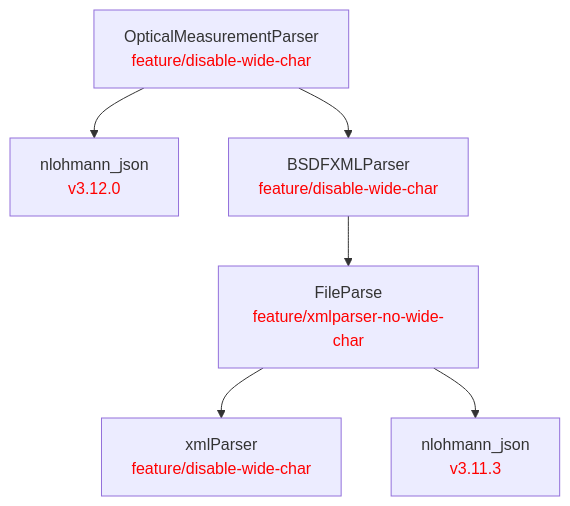
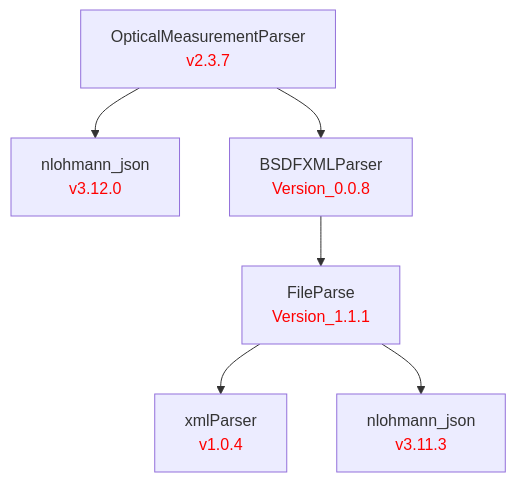
Before and after one commit to LBNL-ETA/OpticalMeasurementParser: the diagram in doc/OpticalMeasurementParser.md, drawn with Mermaid. The commit also changed 1 other file, not shown here.

Commit message:
Bump version to 2.3.7, update BSDFXMLParser to Version_0.0.8, remove MSVC runtime override

````diff
--- a/doc/OpticalMeasurementParser.md
+++ b/doc/OpticalMeasurementParser.md
@@ -1,17 +1,17 @@
 ```mermaid
 graph TD
     %% Package definitions
-    xmlParser[xmlParser<br/><font color='red'>feature/disable-wide-char</font>]
+    xmlParser[xmlParser<br/><font color='red'>v1.0.4</font>]
     nlohmann_json_fileparse[nlohmann_json<br/><font color='red'>v3.11.3</font>]
     nlohmann_json[nlohmann_json<br/><font color='red'>v3.12.0</font>]
-    FileParse[FileParse<br/><font color='red'>feature/xmlparser-no-wide-char</font>]
-    BSDFXMLParser[BSDFXMLParser<br/><font color='red'>feature/disable-wide-char</font>]
-    OpticalMeasurementParser[OpticalMeasurementParser<br/><font color='red'>feature/disable-wide-char</font>]
+    FileParse[FileParse<br/><font color='red'>Version_1.1.1</font>]
+    BSDFXMLParser[BSDFXMLParser<br/><font color='red'>Version_0.0.8</font>]
+    OpticalMeasurementParser[OpticalMeasurementParser<br/><font color='red'>v2.3.7</font>]
 
     %% Package relations
     OpticalMeasurementParser --> nlohmann_json
     OpticalMeasurementParser --> BSDFXMLParser
     BSDFXMLParser --> FileParse
     FileParse --> xmlParser
     FileParse --> nlohmann_json_fileparse
 ```
````
